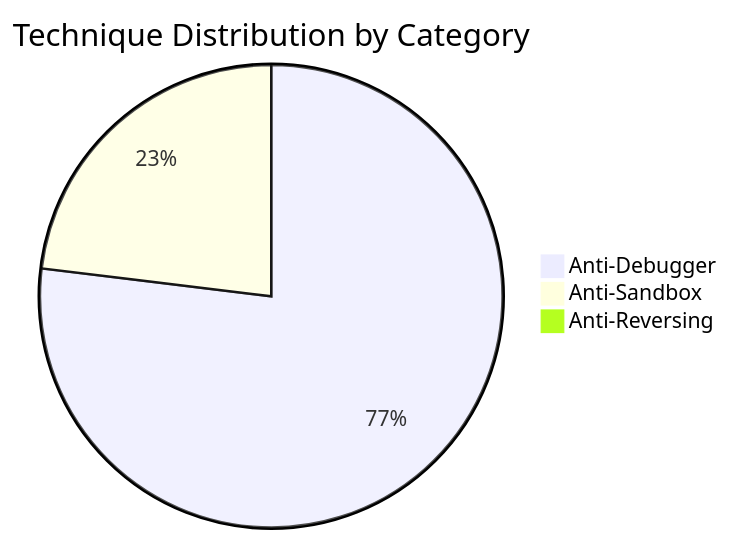
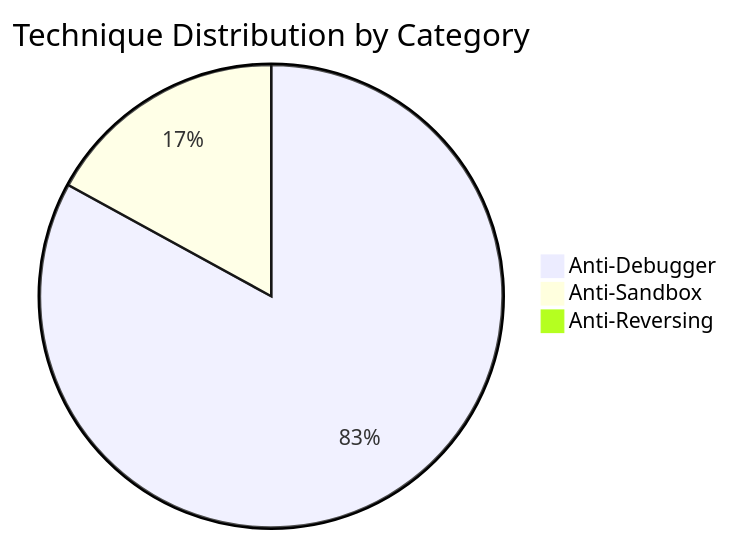
Before and after one commit to mabj/anti: the second of 8 diagrams in docs/diagrams/taxonomy.md, drawn with Mermaid. The commit also changed other lines of this file, not shown here.

````diff
--- a/docs/diagrams/taxonomy.md
+++ b/docs/diagrams/taxonomy.md
@@ -33,6 +34,6 @@
 ```mermaid
 pie title Technique Distribution by Category
-    "Anti-Debugger" : 30
-    "Anti-Sandbox" : 9
+    "Anti-Debugger" : 39
+    "Anti-Sandbox" : 8
     "Anti-Reversing" : 0
 ```
````
